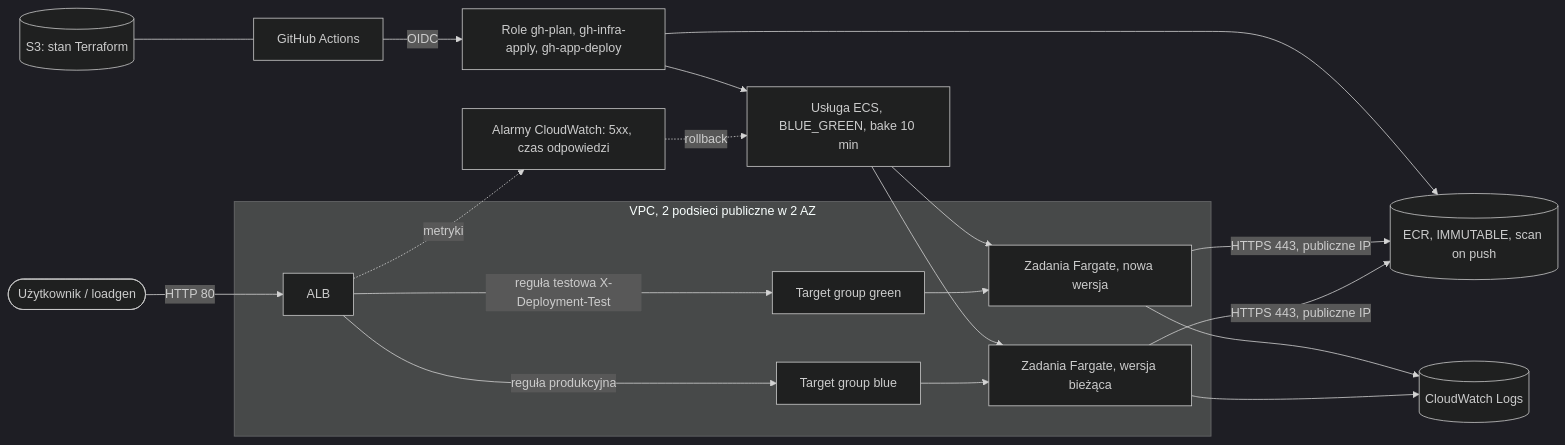
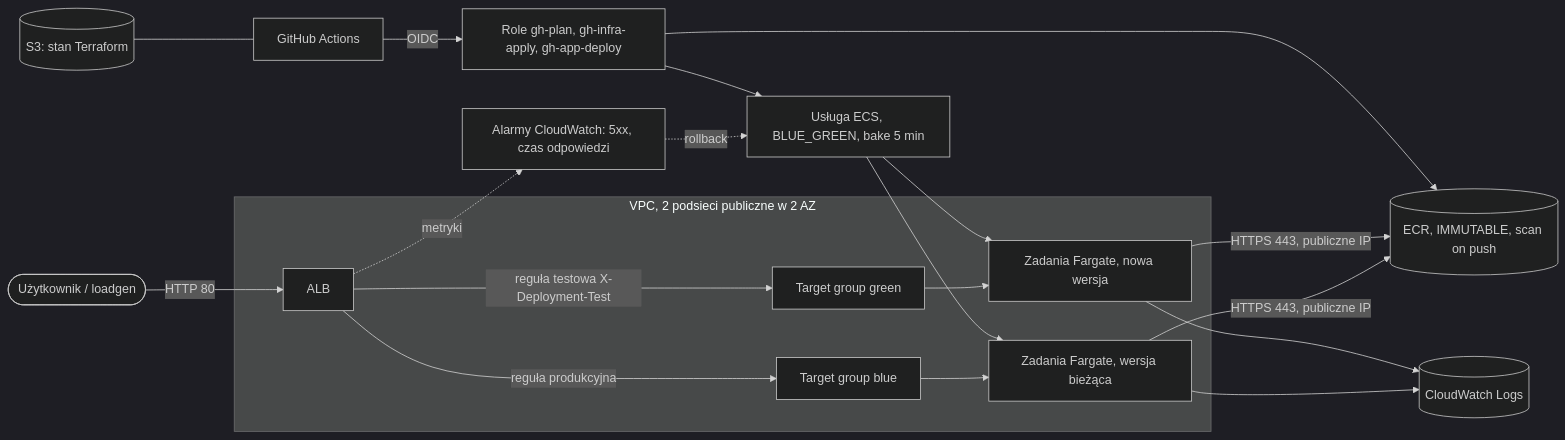
The first of 4 diagrams in docs/architecture.md (marcinbator/ecs-supply-chain), drawn with Mermaid (dark theme) before and after one commit. The commit also changed other lines of this file and 10 other files, not shown here.

````diff
--- a/docs/architecture.md
+++ b/docs/architecture.md
@@ -5,18 +5,18 @@
 ```mermaid
 flowchart LR
   user([Użytkownik / loadgen]) -->|HTTP 80| alb[ALB]
   subgraph vpc[VPC, 2 podsieci publiczne w 2 AZ]
     alb -->|reguła produkcyjna| tgb[Target group blue]
     alb -->|reguła testowa X-Deployment-Test| tgg[Target group green]
     tgb --> t1[Zadania Fargate, wersja bieżąca]
     tgg --> t2[Zadania Fargate, nowa wersja]
   end
   t1 & t2 -->|HTTPS 443, publiczne IP| ecr[(ECR, IMMUTABLE, scan on push)]
   t1 & t2 --> logs[(CloudWatch Logs)]
   alb -. metryki .-> cw[Alarmy CloudWatch: 5xx, czas odpowiedzi]
-  cw -. rollback .-> ecs[Usługa ECS, BLUE_GREEN, bake 10 min]
+  cw -. rollback .-> ecs[Usługa ECS, BLUE_GREEN, bake 5 min]
   ecs --> t1 & t2
   gh[GitHub Actions] -->|OIDC| iam[Role gh-plan, gh-infra-apply, gh-app-deploy]
   iam --> ecr & ecs
   tf[(S3: stan Terraform)] --- gh
 ```
````
